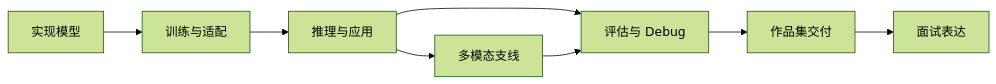
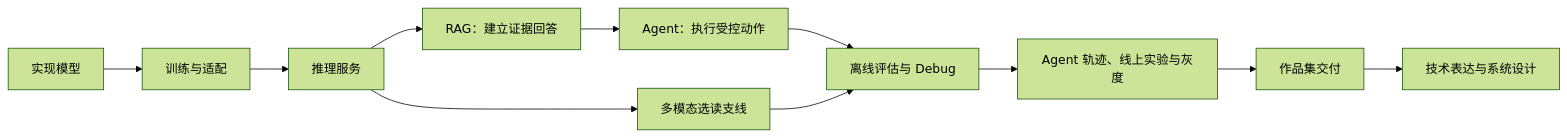
Before and after one commit to ChanChiChoi/llm-from-zero-to-interview: the diagram in book-03-practical-handbook/目录.md, drawn with Mermaid (forest theme). The commit also changed other lines of this file and 65 other files, not shown here.

````diff
--- a/book-03-practical-handbook/目录.md
+++ b/book-03-practical-handbook/目录.md
@@ -38,10 +40,13 @@
 ```mermaid
 flowchart LR
     A["实现模型"] --> B["训练与适配"]
-    B --> C["推理与应用"]
-    C --> D["评估与 Debug"]
-    D --> E["作品集交付"]
-    E --> F["面试表达"]
-    C --> G["多模态支线"]
-    G --> D
+    B --> C["推理服务"]
+    C --> D["RAG：建立证据回答"]
+    D --> E["Agent：执行受控动作"]
+    E --> F["离线评估与 Debug"]
+    F --> G["Agent 轨迹、线上实验与灰度"]
+    G --> H["作品集交付"]
+    H --> I["技术表达与系统设计"]
+    C --> J["多模态选读支线"]
+    J --> F
 ```
````
